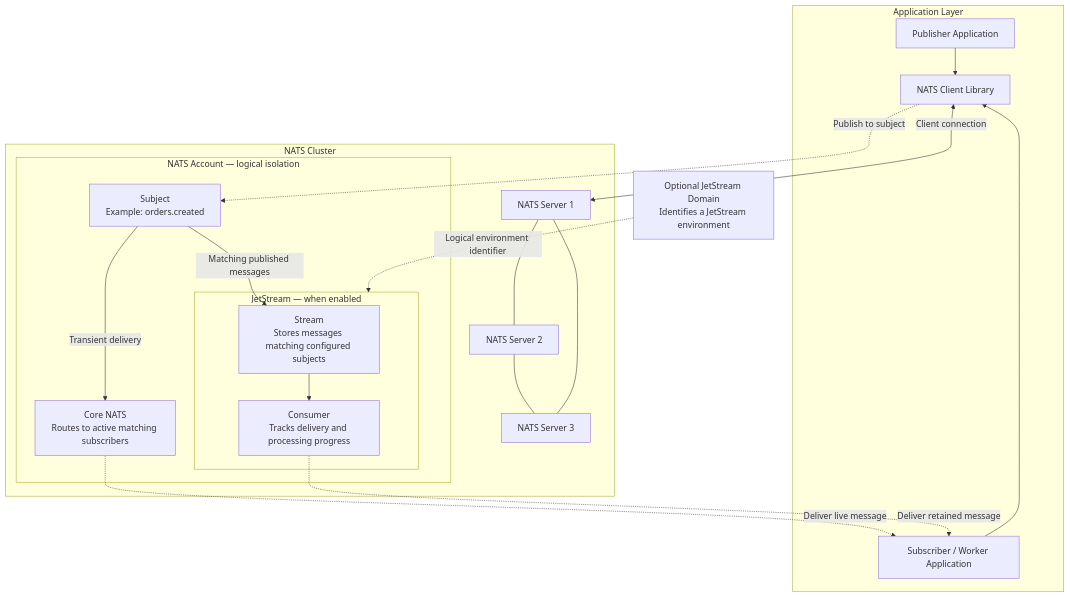
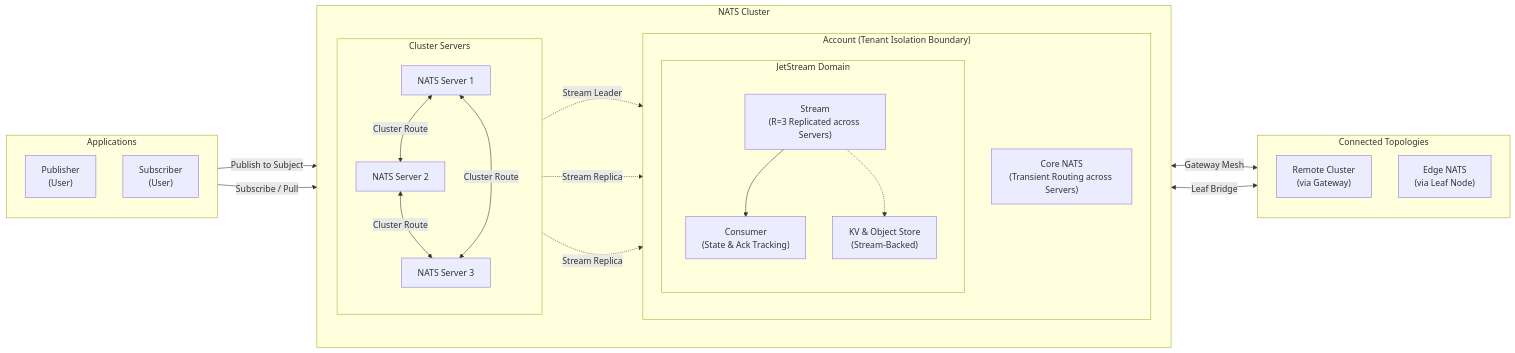
The second of 2 diagrams in docs/nats_overview.md (hemanthkumar2k19/nats-demo), drawn with Mermaid before and after one commit. The commit also changed other lines of this file and 1 other file, not shown here.

Commit message:
docs: update architecture section in NATS overview with logical and infrastructure views

````diff
--- a/docs/nats_overview.md
+++ b/docs/nats_overview.md
@@ -45,43 +69,52 @@
 ```mermaid
-flowchart TB
-    subgraph APP["Application Layer"]
-        PUB["Publisher Application"]
-        SUB["Subscriber / Worker Application"]
-        CLIENT["NATS Client Library"]
-        PUB --> CLIENT
-        SUB --> CLIENT
+flowchart LR
+    subgraph CLIENTS["Applications"]
+        direction TB
+        PUB["Publisher<br/>(User)"]
+        SUB["Subscriber<br/>(User)"]
     end
 
-    CLIENT <-->|"Client connection"| S1
+    subgraph CLUSTER["NATS Cluster"]
+        direction LR
 
-    subgraph CLUSTER["NATS Cluster"]
-        S1["NATS Server 1"]
-        S2["NATS Server 2"]
-        S3["NATS Server 3"]
-        S1 --- S2
-        S2 --- S3
-        S1 --- S3
+        subgraph SERVERS["Cluster Servers"]
+            direction TB
+            S1["NATS Server 1"]
+            S2["NATS Server 2"]
+            S3["NATS Server 3"]
+            S1 <-->|"Cluster Route"| S2
+            S2 <-->|"Cluster Route"| S3
+            S1 <-->|"Cluster Route"| S3
+        end
 
-        subgraph ACCOUNT["NATS Account — logical isolation"]
-            SUBJECT["Subject<br/>Example: orders.created"]
+        subgraph ACCOUNT["Account (Tenant Isolation Boundary)"]
+            direction TB
+            CORE["Core NATS<br/>(Transient Routing across Servers)"]
 
-            CORE["Core NATS<br/>Routes to active matching subscribers"]
+            subgraph DOMAIN["JetStream Domain"]
+                direction TB
+                STREAM["Stream<br/>(R=3 Replicated across Servers)"]
+                CONSUMER["Consumer<br/>(State & Ack Tracking)"]
+                KV_OBJ["KV & Object Store<br/>(Stream-Backed)"]
+                STREAM --> CONSUMER
+                STREAM -.-> KV_OBJ
+            end
+        end
 
-            subgraph JS["JetStream — when enabled"]
-                STREAM["Stream<br/>Stores messages matching configured subjects"]
-                CONSUMER["Consumer<br/>Tracks delivery and processing progress"]
-                STREAM --> CONSUMER
-            end
-
-            SUBJECT -->|"Transient delivery"| CORE
-            SUBJECT -->|"Matching published messages"| STREAM
-        end
+        S1 -.->|"Stream Leader"| STREAM
+        S2 -.->|"Stream Replica"| STREAM
+        S3 -.->|"Stream Replica"| STREAM
     end
 
-    CLIENT -. "Publish to subject" .-> SUBJECT
-    CORE -. "Deliver live message" .-> SUB
-    CONSUMER -. "Deliver retained message" .-> SUB
+    subgraph NETWORKS["Connected Topologies"]
+        direction TB
+        GW["Remote Cluster<br/>(via Gateway)"]
+        LEAF["Edge NATS<br/>(via Leaf Node)"]
+    end
 
-    DOMAIN["Optional JetStream Domain<br/>Identifies a JetStream environment"]
-    DOMAIN -. "Logical environment identifier" .-> JS
+    PUB -->|"Publish to Subject"| S1
+    SUB -->|"Subscribe / Pull"| S2
+
+    CLUSTER <-->|"Gateway Mesh"| GW
+    CLUSTER <-->|"Leaf Bridge"| LEAF
 ```
````
